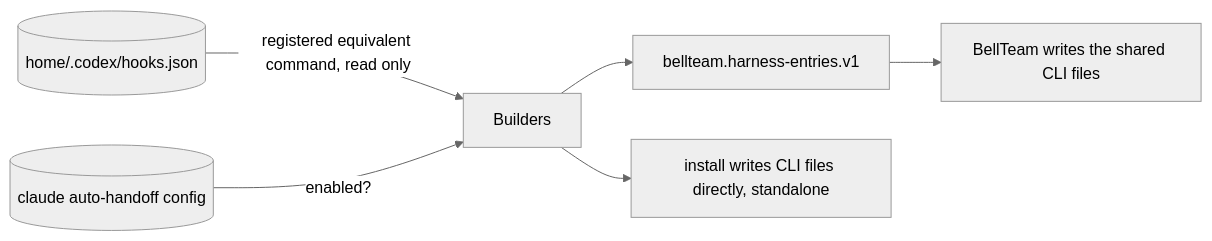
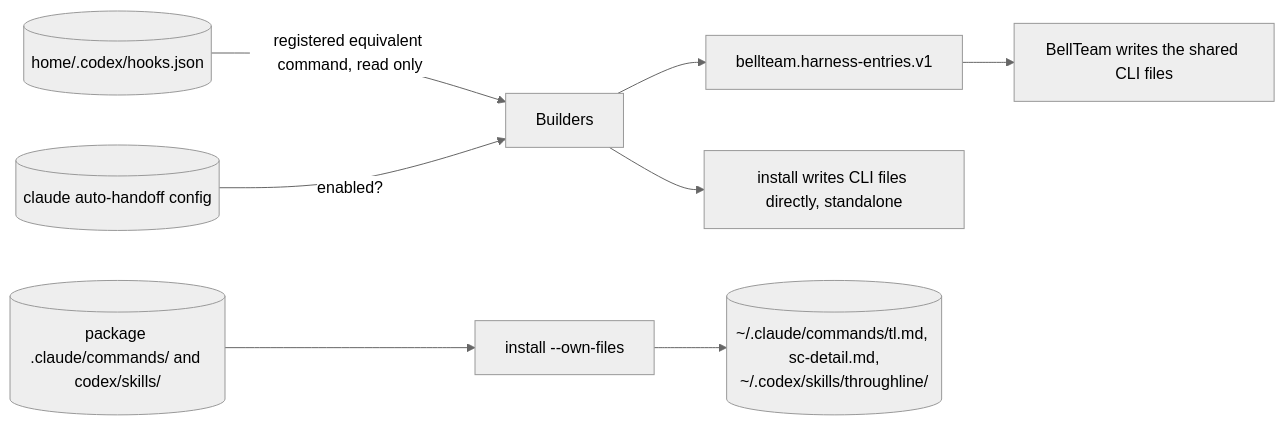
Before and after one commit to kitepon/Throughline: the second of 2 diagrams in docs/adr/0074-harness-entries-contract.md, drawn with Mermaid (neutral theme). The commit also changed other lines of this file and 7 other files, not shown here.

First line of the commit message:
feat: install --own-files places only Throughline's own files for a one-writer host (ADR 0074 step 3) 0.21.0

````diff
--- a/docs/adr/0074-harness-entries-contract.md
+++ b/docs/adr/0074-harness-entries-contract.md
@@ -75,8 +96,10 @@
 ```mermaid
 flowchart LR
   CodexHooks[(home/.codex/hooks.json)] -- registered equivalent command, read only --> Builders
   AutoCfg[(claude auto-handoff config)] -- enabled? --> Builders
   Builders --> E1[bellteam.harness-entries.v1]
   E1 --> Host[BellTeam writes the shared CLI files]
   Builders --> Install[install writes CLI files directly, standalone]
+  Pkg[(package .claude/commands/ and codex/skills/)] --> Own[install --own-files]
+  Own --> OwnFiles[(~/.claude/commands/tl.md, sc-detail.md,\n~/.codex/skills/throughline/)]
 ```
````
